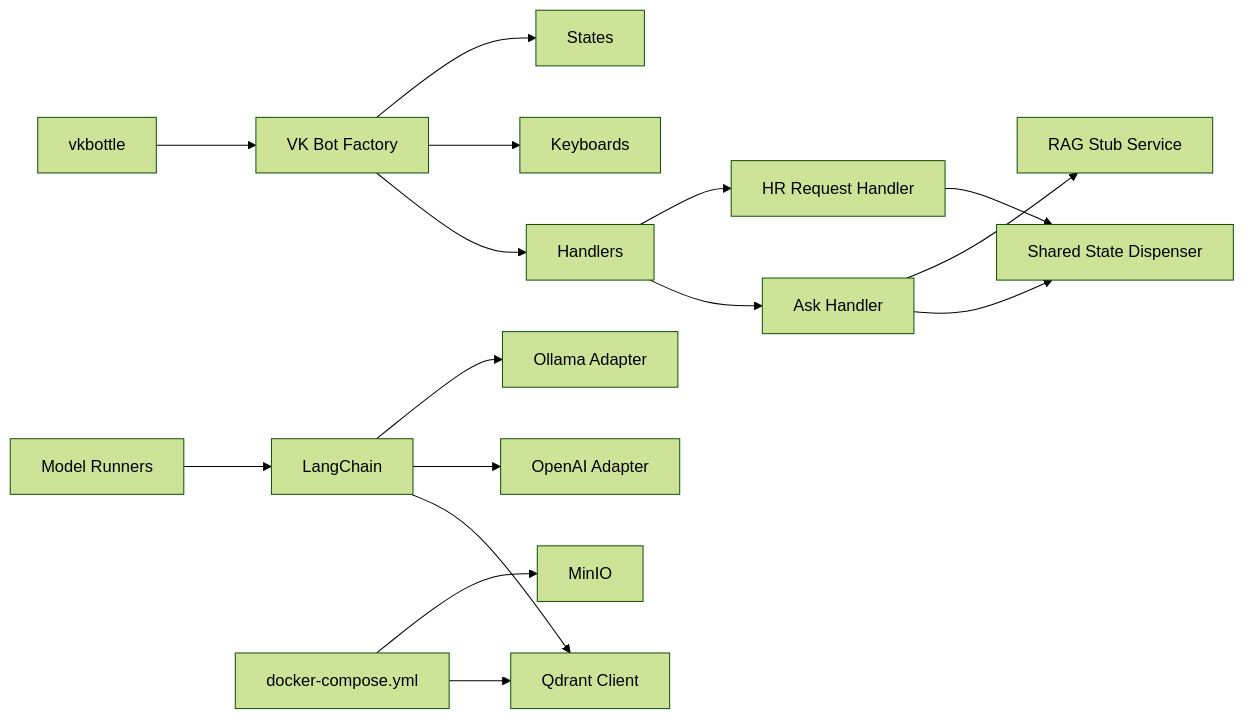
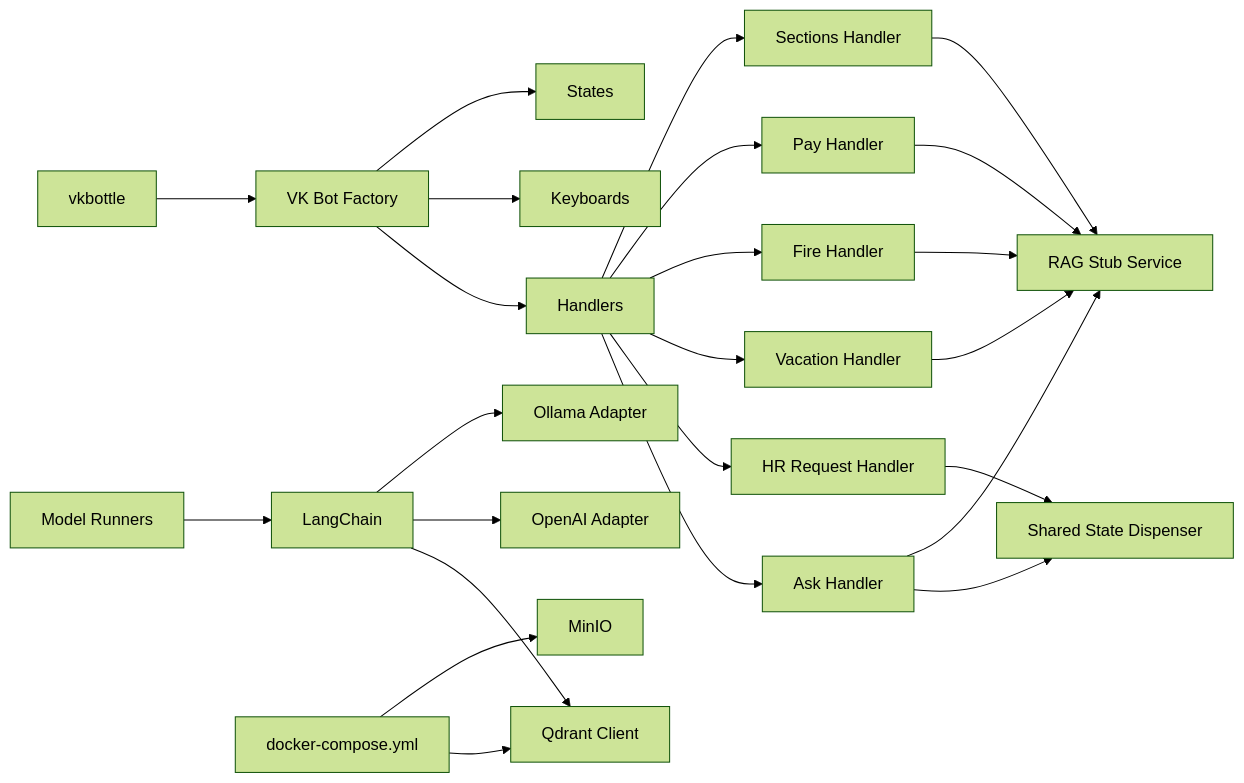
Before and after one commit to ognelis/cafetera_hr_bot: diagram 13 of 13 in .qoder/repowiki/en/content/RAG Integration.md, drawn with Mermaid (forest theme). The commit also changed other lines of this file and 14 other files, not shown here.

````diff
--- a/.qoder/repowiki/en/content/RAG Integration.md
+++ b/.qoder/repowiki/en/content/RAG Integration.md
@@ -525,18 +628,26 @@
 ```mermaid
 graph LR
 VK["vkbottle"] --> Bot["VK Bot Factory"]
 Bot --> Handlers["Handlers"]
 Bot --> Keyboards["Keyboards"]
 Bot --> States["States"]
 Handlers --> AskHandler["Ask Handler"]
 Handlers --> HRRequest["HR Request Handler"]
+Handlers --> VacationHandler["Vacation Handler"]
+Handlers --> FireHandler["Fire Handler"]
+Handlers --> PayHandler["Pay Handler"]
+Handlers --> SectionsHandler["Sections Handler"]
 AskHandler --> StateDispenser["Shared State Dispenser"]
 AskHandler --> RagStub["RAG Stub Service"]
+VacationHandler --> RagStub
+FireHandler --> RagStub
+PayHandler --> RagStub
+SectionsHandler --> RagStub
 HRRequest --> StateDispenser
 LC["LangChain"] --> Qdrant["Qdrant Client"]
 LC --> OA["OpenAI Adapter"]
 LC --> OL["Ollama Adapter"]
 Infra["docker-compose.yml"] --> Qdrant
 Infra --> MinIO["MinIO"]
 Scripts["Model Runners"] --> LC
 ```
````
